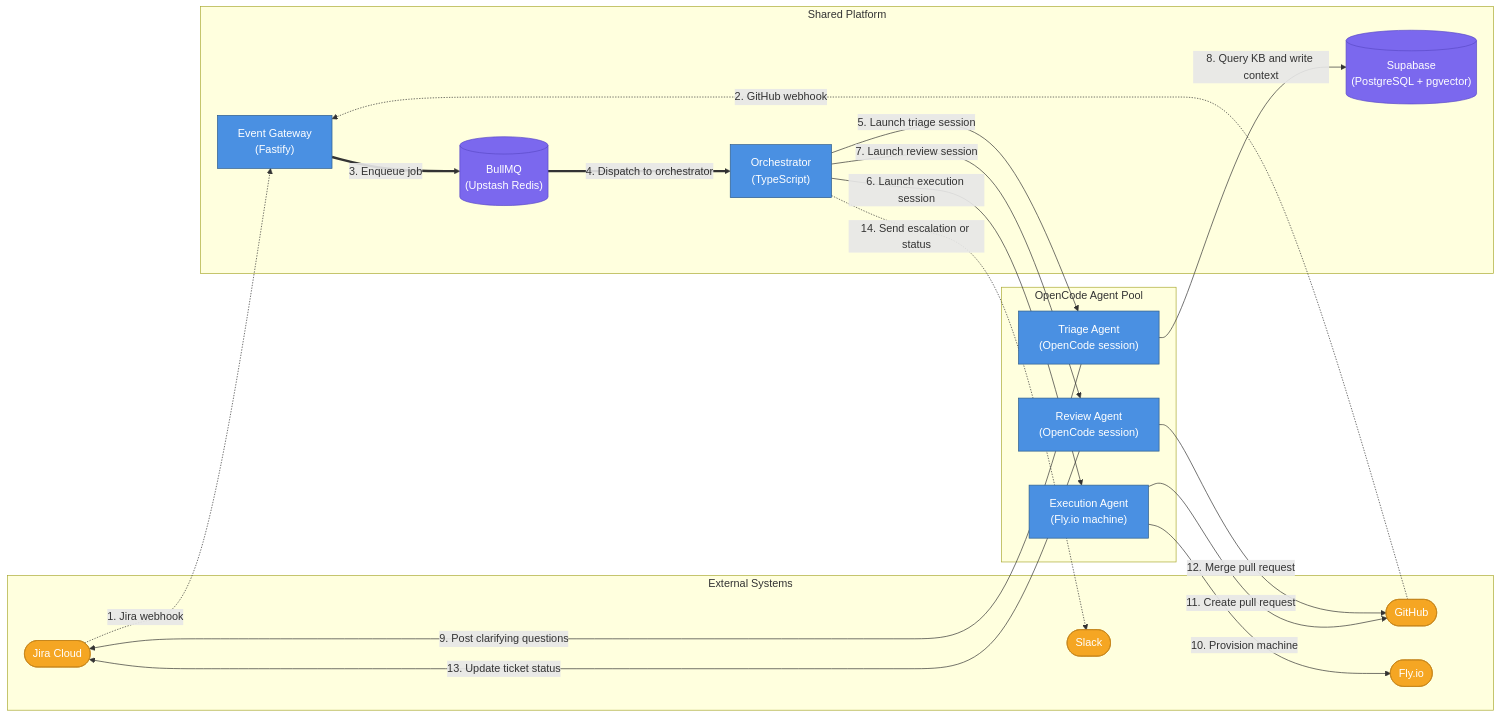
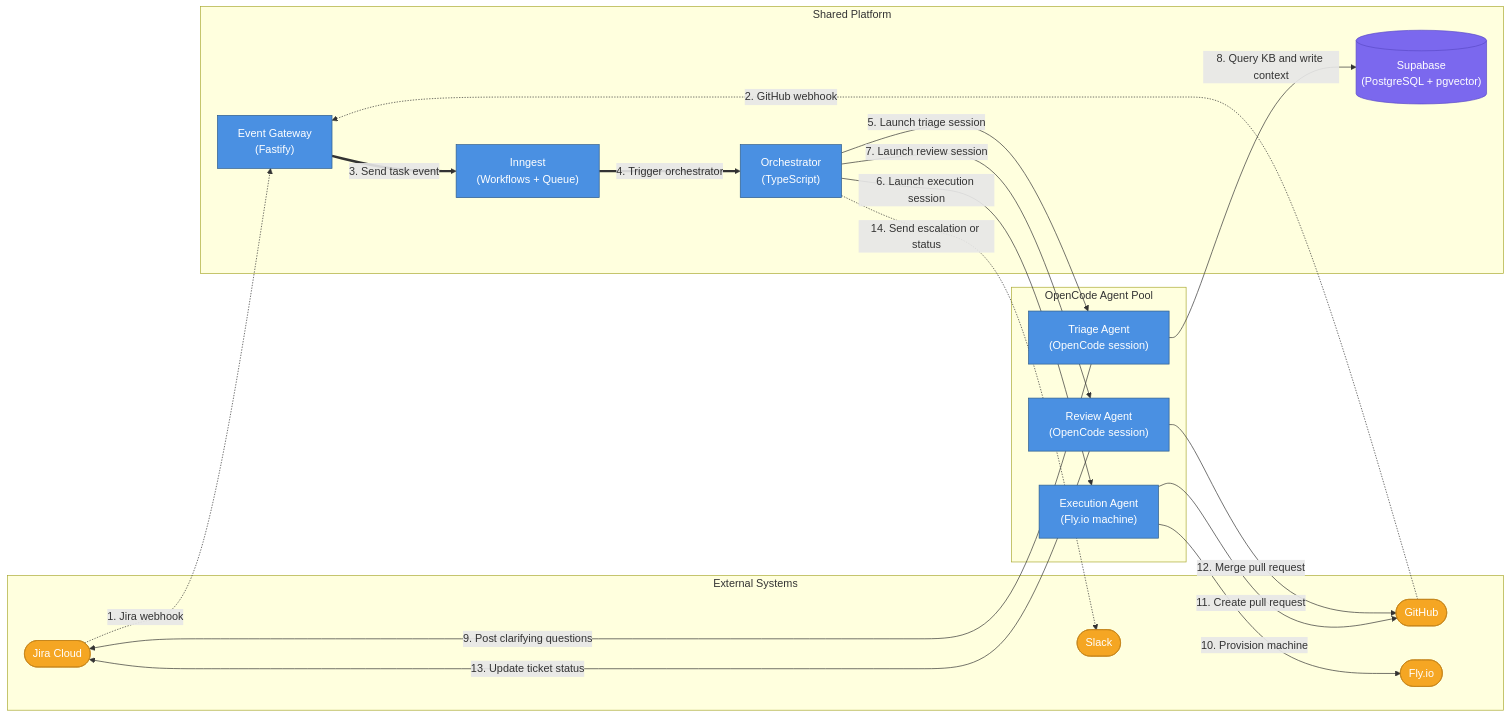
One commit to viiqswim/dozaldevs-ai-employee changed the fifth of 15 diagrams in docs/2026-03-22-2317-ai-employee-architecture.md. Above: the diagram before and after it, drawn with Mermaid. The commit also changed other lines of this file, not shown here.

Commit message:
docs: simplify stack for speed-to-V1 — replace BullMQ/LangGraph/LangSmith with Inngest, add deferred capabilities section

````diff
--- a/docs/2026-03-22-2317-ai-employee-architecture.md
+++ b/docs/2026-03-22-2317-ai-employee-architecture.md
@@ -582,41 +583,41 @@
 ```mermaid
 graph LR
     subgraph External Systems
         JIRA(["Jira Cloud"]):::external
         GH(["GitHub"]):::external
         SLACK(["Slack"]):::external
         FLY(["Fly.io"]):::external
     end
 
     subgraph Shared Platform
         INGEST["Event Gateway\n(Fastify)"]:::service
-        QUEUE[("BullMQ\n(Upstash Redis)")]:::storage
+        INNGEST["Inngest\n(Workflows + Queue)"]:::service
         SUPABASE[("Supabase\n(PostgreSQL + pgvector)")]:::storage
         ORCH["Orchestrator\n(TypeScript)"]:::service
     end
 
     subgraph OpenCode Agent Pool
         TRIAGE["Triage Agent\n(OpenCode session)"]:::service
         EXEC["Execution Agent\n(Fly.io machine)"]:::service
         REVIEW["Review Agent\n(OpenCode session)"]:::service
     end
 
     JIRA -.->|"1. Jira webhook"| INGEST
     GH -.->|"2. GitHub webhook"| INGEST
-    INGEST ==>|"3. Enqueue job"| QUEUE
-    QUEUE ==>|"4. Dispatch to orchestrator"| ORCH
+    INGEST ==>|"3. Send task event"| INNGEST
+    INNGEST ==>|"4. Trigger orchestrator"| ORCH
     ORCH -->|"5. Launch triage session"| TRIAGE
     ORCH -->|"6. Launch execution session"| EXEC
     ORCH -->|"7. Launch review session"| REVIEW
     TRIAGE -->|"8. Query KB and write context"| SUPABASE
     TRIAGE -->|"9. Post clarifying questions"| JIRA
     EXEC -->|"10. Provision machine"| FLY
     EXEC -->|"11. Create pull request"| GH
     REVIEW -->|"12. Merge pull request"| GH
     REVIEW -->|"13. Update ticket status"| JIRA
     ORCH -.->|"14. Send escalation or status"| SLACK
 
     classDef service fill:#4A90E2,stroke:#2E5C8A,color:#fff
     classDef storage fill:#7B68EE,stroke:#5B4BC7,color:#fff
     classDef external fill:#F5A623,stroke:#C4841A,color:#fff
 ```
````
